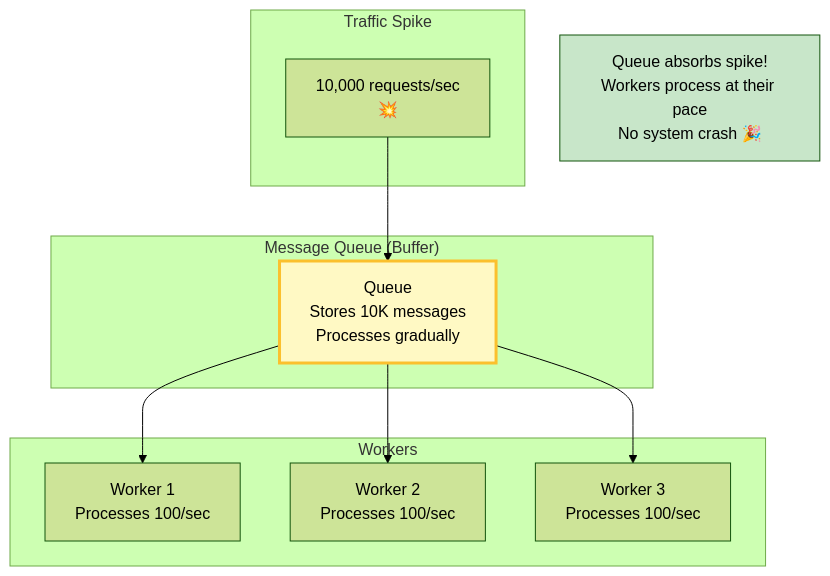
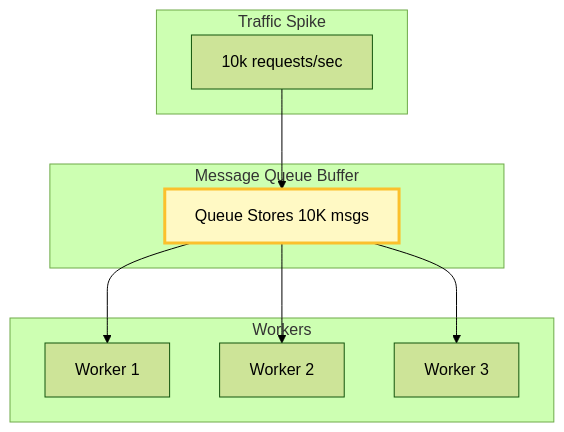
Before and after one commit to p1kmr/for-reading: the third of 11 diagrams in HLD/foundation/04_message-queues.md, drawn with Mermaid (forest theme). The commit also changed other lines of this file and 2 other files, not shown here.

Commit message:
Fix Mermaid rendering issues in Databases and Message Queues guides by simplifying complex diagrams

````diff
--- a/HLD/foundation/04_message-queues.md
+++ b/HLD/foundation/04_message-queues.md
@@ -65,26 +61,23 @@
 ```mermaid
 graph TB
-    subgraph "Traffic Spike"
-        Spike[10,000 requests/sec<br/>💥]
+    subgraph Traffic_Spike[Traffic Spike]
+        Spike[10k requests/sec]
     end
 
-    subgraph "Message Queue (Buffer)"
-        Queue[Queue<br/>Stores 10K messages<br/>Processes gradually]
+    subgraph Msg_Queue[Message Queue Buffer]
+        Queue[Queue Stores 10K msgs]
     end
 
-    subgraph "Workers"
-        W1[Worker 1<br/>Processes 100/sec]
-        W2[Worker 2<br/>Processes 100/sec]
-        W3[Worker 3<br/>Processes 100/sec]
+    subgraph Workers[Workers]
+        W1[Worker 1]
+        W2[Worker 2]
+        W3[Worker 3]
     end
 
     Spike --> Queue
     Queue --> W1
     Queue --> W2
     Queue --> W3
 
-    Note[Queue absorbs spike!<br/>Workers process at their pace<br/>No system crash 🎉]
-
     style Queue fill:#fff9c4,stroke:#fbc02d,stroke-width:3px
-    style Note fill:#c8e6c9
 ```
````
